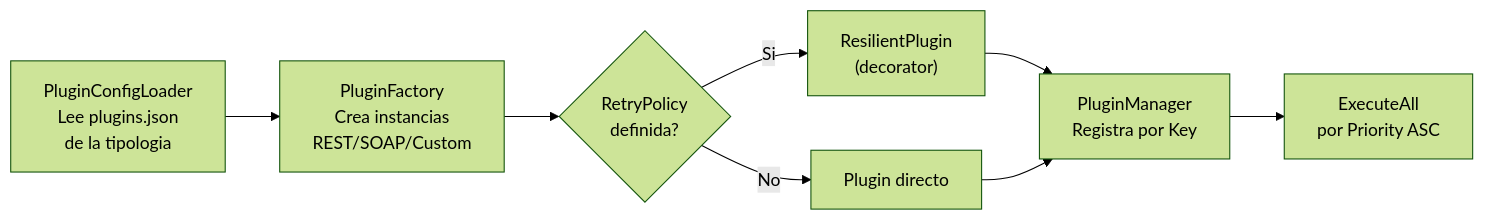
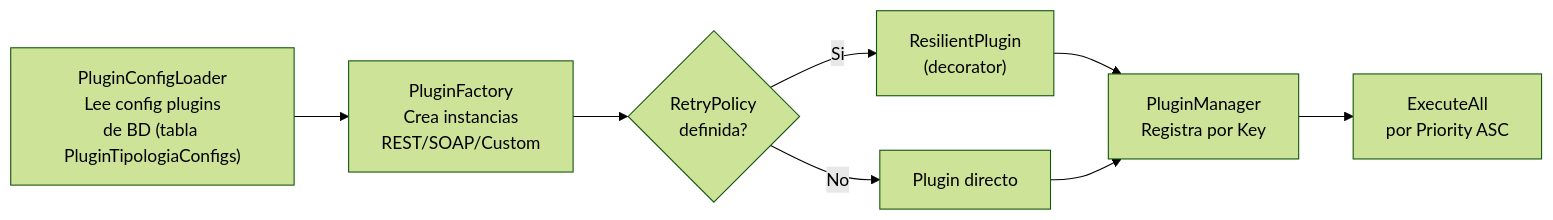
Before and after one commit to nvcrisologo02/AI-DocClassExt: the ninth of 10 diagrams in docs/03_DISENO_TECNICO_DETALLADO.md, drawn with Mermaid (forest theme). The commit also changed other lines of this file and 43 other files, not shown here.

````diff
--- a/docs/03_DISENO_TECNICO_DETALLADO.md
+++ b/docs/03_DISENO_TECNICO_DETALLADO.md
@@ -703,10 +703,10 @@
 ```mermaid
 flowchart LR
-    LOAD["PluginConfigLoader<br/>Lee plugins.json<br/>de la tipologia"] --> FACTORY["PluginFactory<br/>Crea instancias<br/>REST/SOAP/Custom"]
+    LOAD["PluginConfigLoader<br/>Lee config plugins<br/>de BD (tabla PluginTipologiaConfigs)"] --> FACTORY["PluginFactory<br/>Crea instancias<br/>REST/SOAP/Custom"]
     FACTORY --> WRAP{"RetryPolicy<br/>definida?"}
     WRAP -->|"Si"| DEC["ResilientPlugin<br/>(decorator)"]
     WRAP -->|"No"| RAW["Plugin directo"]
     DEC --> REG["PluginManager<br/>Registra por Key"]
     RAW --> REG
     REG --> EXEC["ExecuteAll<br/>por Priority ASC"]
 ```
````
